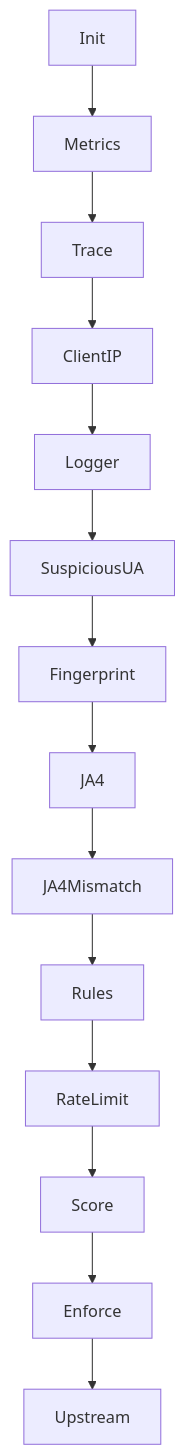
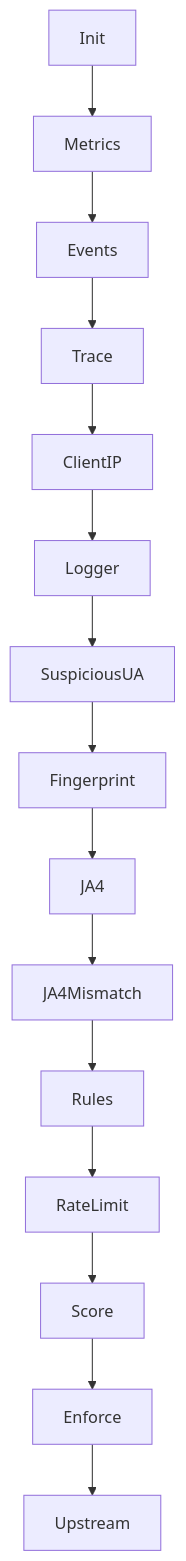
The second of 10 diagrams in README.md (fharias/guardian-scrapy), drawn with Mermaid before and after one commit. The commit also changed other lines of this file, not shown here.

Commit message:
Update README to include new event handling features and flowchart adjustments

````diff
--- a/README.md
+++ b/README.md
@@ -57,5 +57,5 @@
 ```mermaid
 flowchart TD
-  init[Init] --> mets[Metrics] --> trace[Trace] --> ip[ClientIP] --> logger[Logger] --> ua[SuspiciousUA] --> fp[Fingerprint]
-  fp --> ja4src[JA4] --> ja4[JA4Mismatch] --> rules[Rules] --> limite[RateLimit] --> score[Score] --> enforce[Enforce] --> origen[Upstream]
+  init[Init] --> mets[Metrics] --> events[Events] --> trace[Trace] --> ip[ClientIP] --> logger[Logger] --> ua[SuspiciousUA]
+  ua --> fp[Fingerprint] --> ja4src[JA4] --> ja4[JA4Mismatch] --> rules[Rules] --> limite[RateLimit] --> score[Score] --> enforce[Enforce] --> origen[Upstream]
 ```
````
